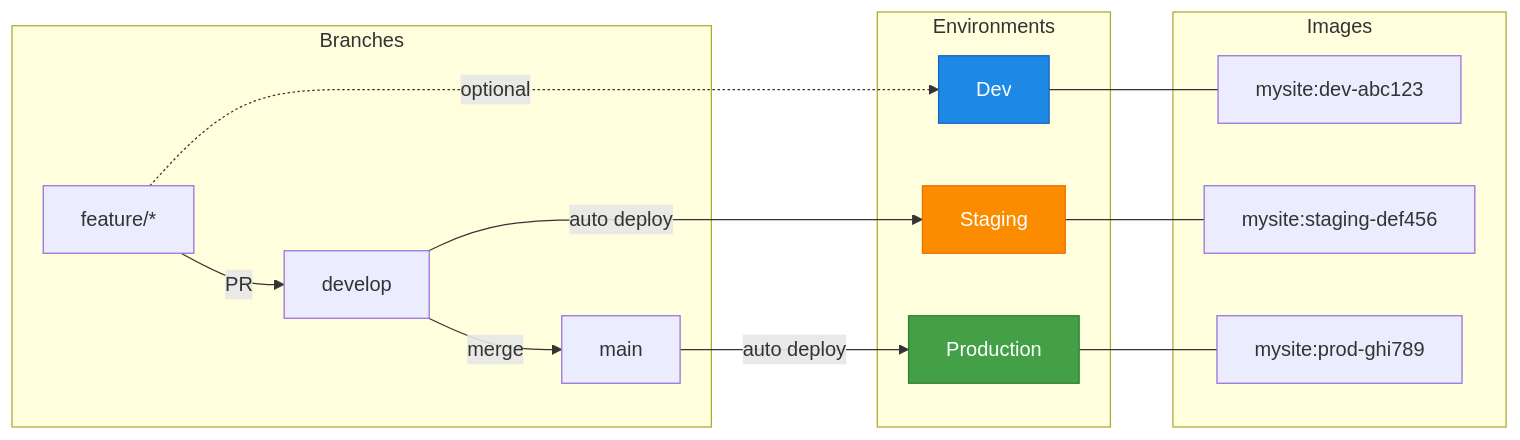
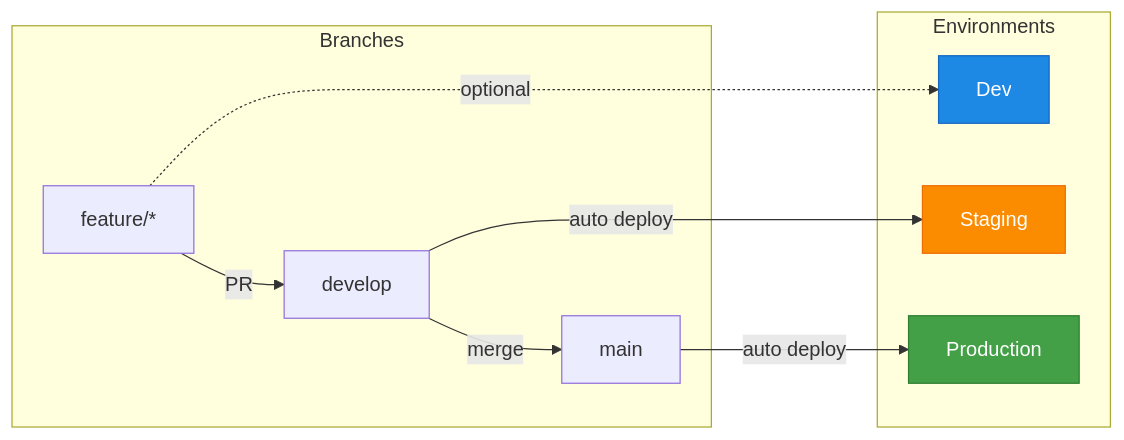
One commit to slauger/hugo-gitops-pipeline changed the diagram in README.md. Above: the diagram before and after it, drawn with Mermaid. The commit also changed other lines of this file and 11 other files, not shown here.

````diff
--- a/README.md
+++ b/README.md
@@ -5,39 +5,29 @@
 ```mermaid
 flowchart LR
     subgraph Branches
         feature["feature/*"]
         develop["develop"]
         main["main"]
     end
 
     subgraph Environments
         dev["Dev"]
         staging["Staging"]
         prod["Production"]
     end
 
-    subgraph Images
-        devImg["mysite:dev-abc123"]
-        stagingImg["mysite:staging-def456"]
-        prodImg["mysite:prod-ghi789"]
-    end
-
     feature -->|"PR"| develop
     develop -->|"merge"| main
 
     feature -.->|"optional"| dev
     develop -->|"auto deploy"| staging
     main -->|"auto deploy"| prod
-
-    dev --- devImg
-    staging --- stagingImg
-    prod --- prodImg
 
     classDef devStyle fill:#1e88e5,stroke:#1565c0,color:#fff
     classDef stagingStyle fill:#fb8c00,stroke:#ef6c00,color:#fff
     classDef prodStyle fill:#43a047,stroke:#2e7d32,color:#fff
 
     class dev devStyle
     class staging stagingStyle
     class prod prodStyle
 ```
````
